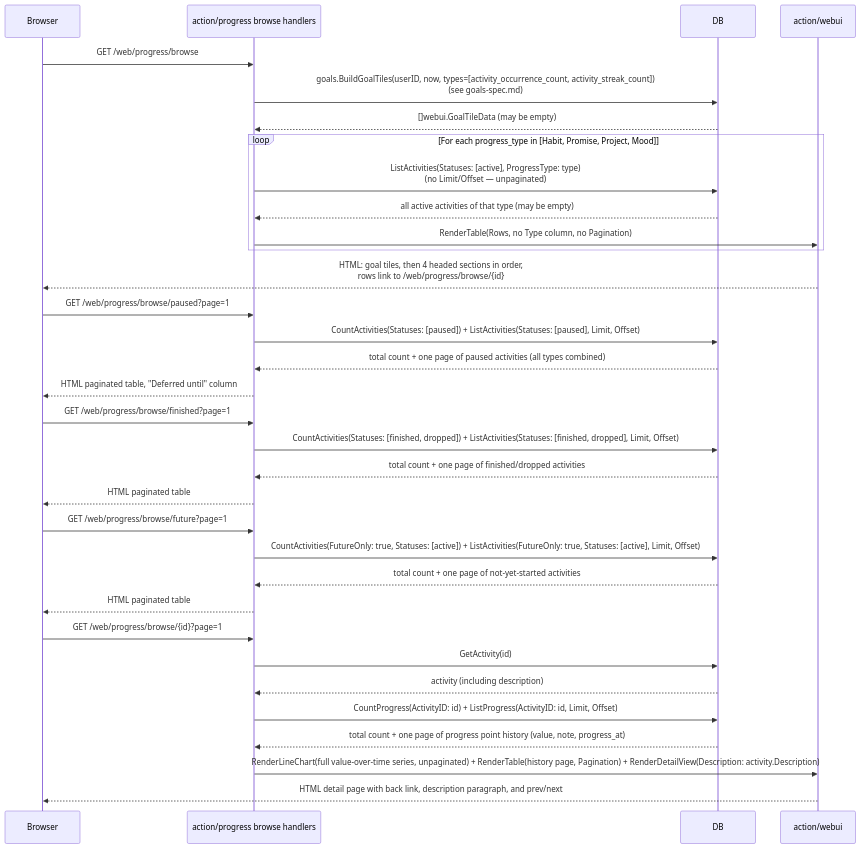
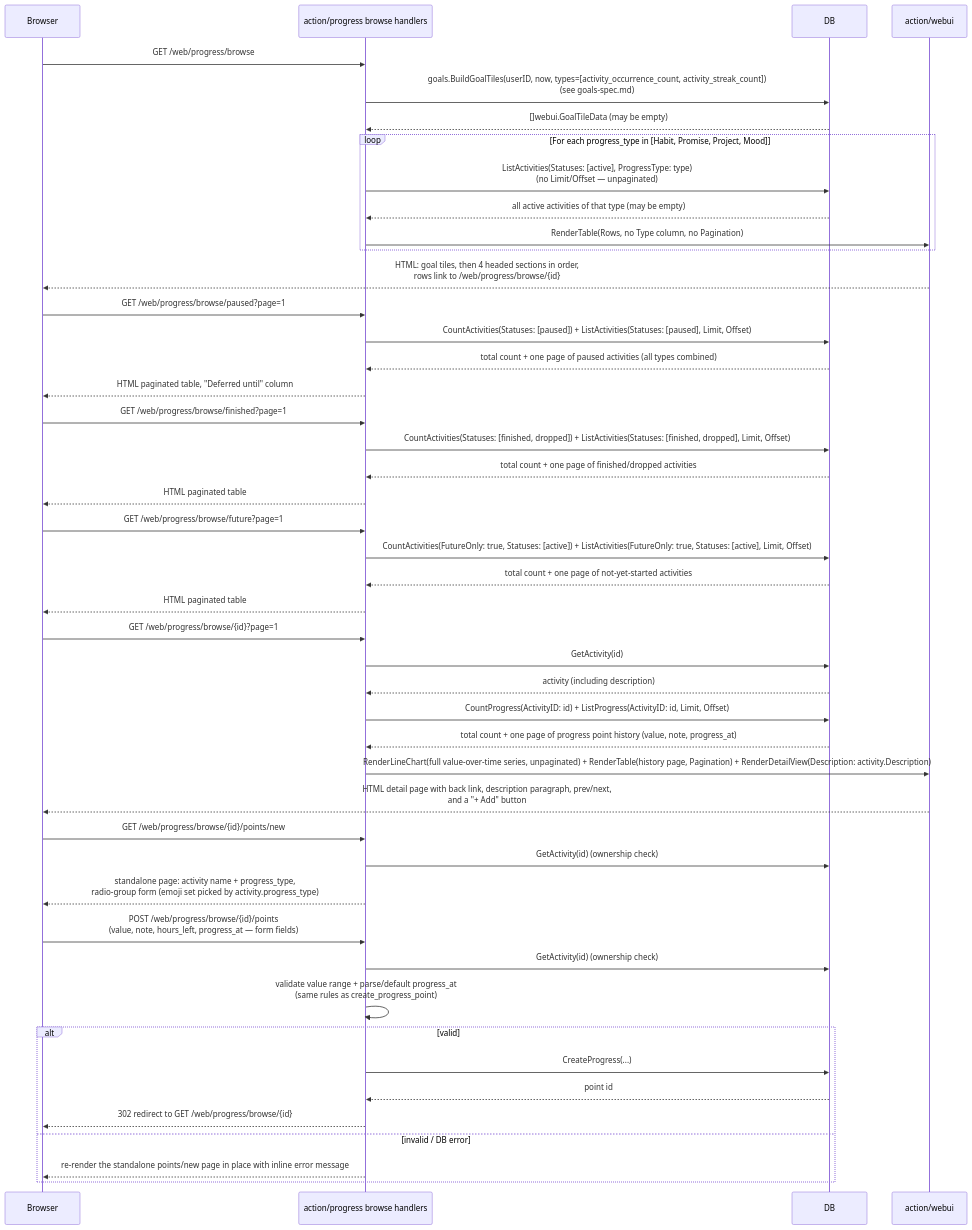
The fourth of 4 diagrams in docs/functions/progress-spec.md (rusinikita/personal), drawn with Mermaid before and after one commit. The commit also changed other lines of this file and 5 other files, not shown here.

First line of the commit message:
feat(progress): add web form to log progress points from browse view

````diff
--- a/docs/functions/progress-spec.md
+++ b/docs/functions/progress-spec.md
@@ -141,40 +144,55 @@
 ```mermaid
 sequenceDiagram
     participant Browser
     participant Handler as action/progress browse handlers
     participant DB
     participant Webui as action/webui
 
     Browser->>Handler: GET /web/progress/browse
     Handler->>DB: goals.BuildGoalTiles(userID, now, types=[activity_occurrence_count, activity_streak_count])<br/>(see goals-spec.md)
     DB-->>Handler: []webui.GoalTileData (may be empty)
     loop For each progress_type in [Habit, Promise, Project, Mood]
         Handler->>DB: ListActivities(Statuses: [active], ProgressType: type)<br/>(no Limit/Offset — unpaginated)
         DB-->>Handler: all active activities of that type (may be empty)
         Handler->>Webui: RenderTable(Rows, no Type column, no Pagination)
     end
     Webui-->>Browser: HTML: goal tiles, then 4 headed sections in order,<br/>rows link to /web/progress/browse/{id}
 
     Browser->>Handler: GET /web/progress/browse/paused?page=1
     Handler->>DB: CountActivities(Statuses: [paused]) + ListActivities(Statuses: [paused], Limit, Offset)
     DB-->>Handler: total count + one page of paused activities (all types combined)
     Handler-->>Browser: HTML paginated table, "Deferred until" column
 
     Browser->>Handler: GET /web/progress/browse/finished?page=1
     Handler->>DB: CountActivities(Statuses: [finished, dropped]) + ListActivities(Statuses: [finished, dropped], Limit, Offset)
     DB-->>Handler: total count + one page of finished/dropped activities
     Handler-->>Browser: HTML paginated table
 
     Browser->>Handler: GET /web/progress/browse/future?page=1
     Handler->>DB: CountActivities(FutureOnly: true, Statuses: [active]) + ListActivities(FutureOnly: true, Statuses: [active], Limit, Offset)
     DB-->>Handler: total count + one page of not-yet-started activities
     Handler-->>Browser: HTML paginated table
 
     Browser->>Handler: GET /web/progress/browse/{id}?page=1
     Handler->>DB: GetActivity(id)
     DB-->>Handler: activity (including description)
     Handler->>DB: CountProgress(ActivityID: id) + ListProgress(ActivityID: id, Limit, Offset)
     DB-->>Handler: total count + one page of progress point history (value, note, progress_at)
     Handler->>Webui: RenderLineChart(full value-over-time series, unpaginated) + RenderTable(history page, Pagination) + RenderDetailView(Description: activity.Description)
-    Webui-->>Browser: HTML detail page with back link, description paragraph, and prev/next
+    Webui-->>Browser: HTML detail page with back link, description paragraph, prev/next,<br/>and a "+ Add" button
+
+    Browser->>Handler: GET /web/progress/browse/{id}/points/new
+    Handler->>DB: GetActivity(id) (ownership check)
+    Handler-->>Browser: standalone page: activity name + progress_type,<br/>radio-group form (emoji set picked by activity.progress_type)
+
+    Browser->>Handler: POST /web/progress/browse/{id}/points<br/>(value, note, hours_left, progress_at — form fields)
+    Handler->>DB: GetActivity(id) (ownership check)
+    Handler->>Handler: validate value range + parse/default progress_at<br/>(same rules as create_progress_point)
+    alt valid
+        Handler->>DB: CreateProgress(...)
+        DB-->>Handler: point id
+        Handler-->>Browser: 302 redirect to GET /web/progress/browse/{id}
+    else invalid / DB error
+        Handler-->>Browser: re-render the standalone points/new page in place with inline error message
+    end
 ```
````
